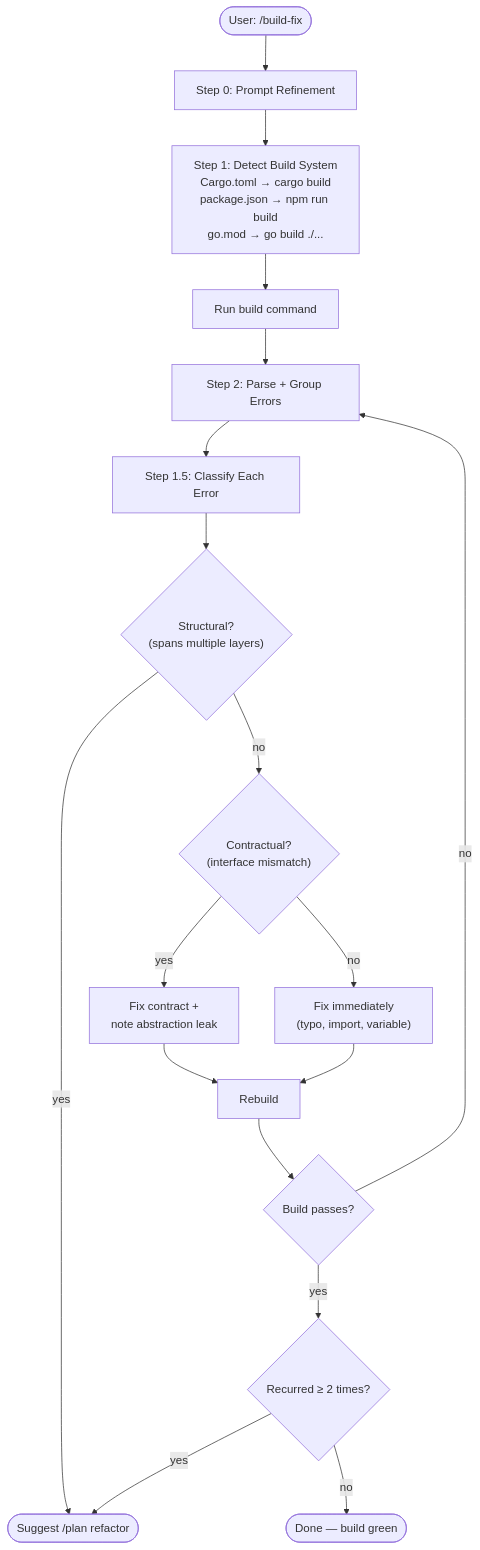
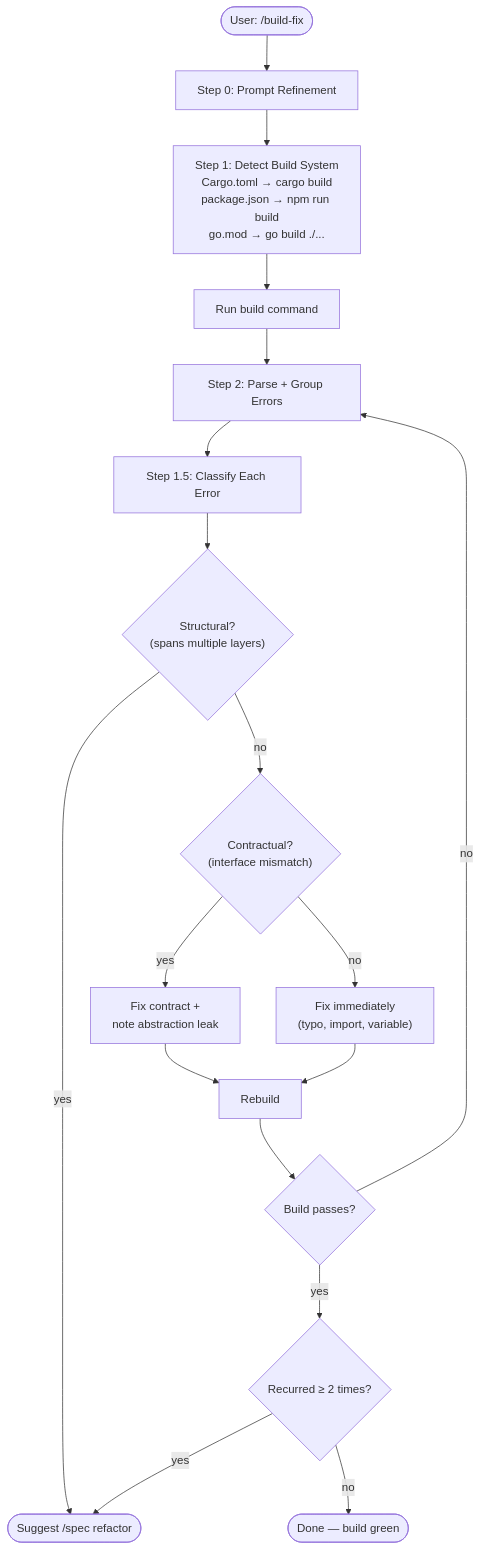
The diagram in docs/diagrams/cmd-build-fix.md (LEBOCQTitouan/everything-claude-code), drawn with Mermaid before and after one commit. The commit also changed 59 other files, not shown here.

First line of the commit message:
refactor: update all references from plan/solution to spec/design (BL-045)

````diff
--- a/docs/diagrams/cmd-build-fix.md
+++ b/docs/diagrams/cmd-build-fix.md
@@ -5,26 +5,26 @@
 ```mermaid
 flowchart TD
     START(["User: /build-fix"]) --> REFINE["Step 0: Prompt Refinement"]
 
     REFINE --> DETECT["Step 1: Detect Build System<br/>Cargo.toml → cargo build<br/>package.json → npm run build<br/>go.mod → go build ./..."]
 
     DETECT --> RUN["Run build command"]
     RUN --> PARSE["Step 2: Parse + Group Errors"]
 
     PARSE --> CLASSIFY["Step 1.5: Classify Each Error"]
 
     CLASSIFY --> STRUCTURAL{"Structural?<br/>(spans multiple layers)"}
-    STRUCTURAL -->|yes| SUGGEST(["Suggest /plan refactor"])
+    STRUCTURAL -->|yes| SUGGEST(["Suggest /spec refactor"])
     STRUCTURAL -->|no| CONTRACTUAL{"Contractual?<br/>(interface mismatch)"}
     CONTRACTUAL -->|yes| FIX_CONTRACT["Fix contract +<br/>note abstraction leak"]
     CONTRACTUAL -->|no| FIX_INCIDENTAL["Fix immediately<br/>(typo, import, variable)"]
 
     FIX_CONTRACT --> REBUILD["Rebuild"]
     FIX_INCIDENTAL --> REBUILD
 
     REBUILD --> PASS{Build passes?}
     PASS -->|no| PARSE
     PASS -->|yes| RECUR{"Recurred ≥ 2 times?"}
     RECUR -->|yes| SUGGEST
     RECUR -->|no| DONE(["Done — build green"])
 ```
````
